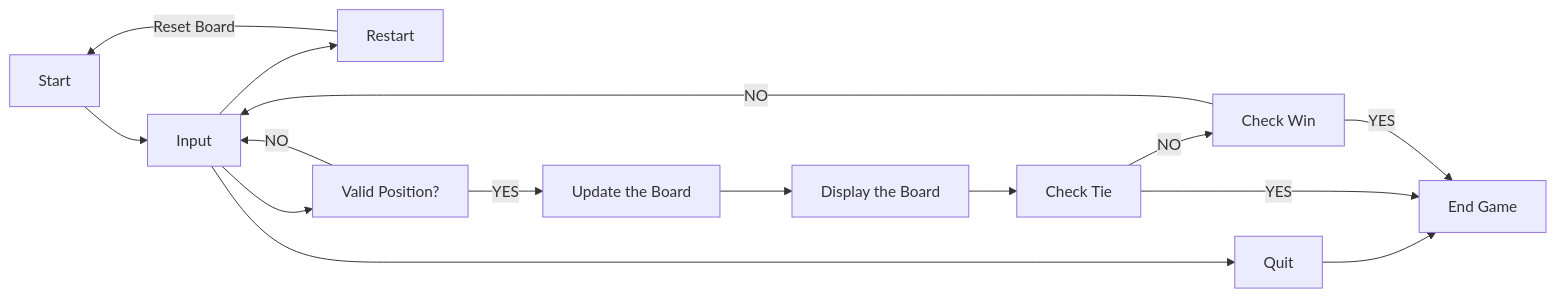
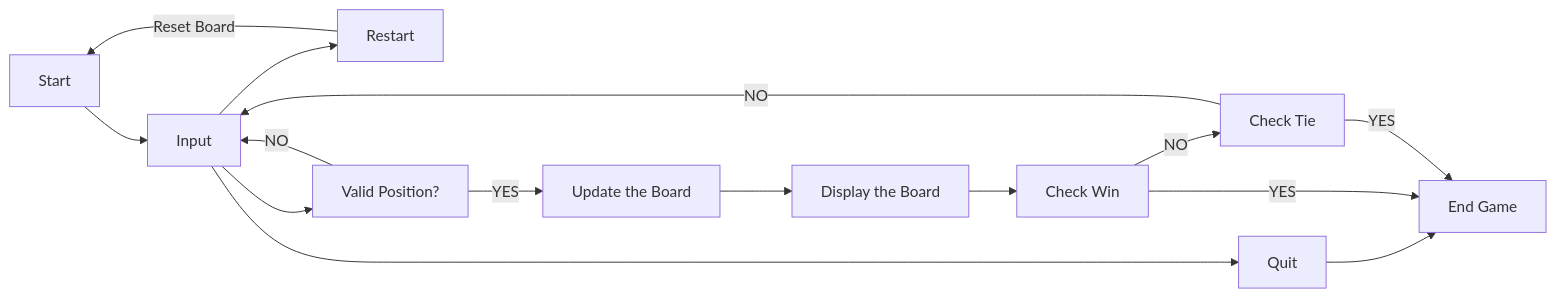
Before and after one commit to xiangshiyin/python-for-kids: the second of 2 diagrams in 2023-2024/2024-01-27/README.md, drawn with Mermaid.

Commit message:
mermaid diagram update

````diff
--- a/2023-2024/2024-01-27/README.md
+++ b/2023-2024/2024-01-27/README.md
@@ -44,17 +44,17 @@
 ```mermaid
 graph LR;
     A[Start] --> B[Input];
     B --> C[Restart];
     B --> D[Quit];
     B --> E[Valid Position?];
     C --> |Reset Board|A;
     D --> F[End Game]
     E --> |NO|B;
     E --> |YES|G[Update the Board];
     G --> H[Display the Board];
-    H --> I[Check Tie];
+    H --> I[Check Win];
     I --> |YES|F;
-    I --> |NO|J[Check Win];
+    I --> |NO|J[Check Tie];
     J --> |YES|F;
     J --> |NO|B;
 ```
````
